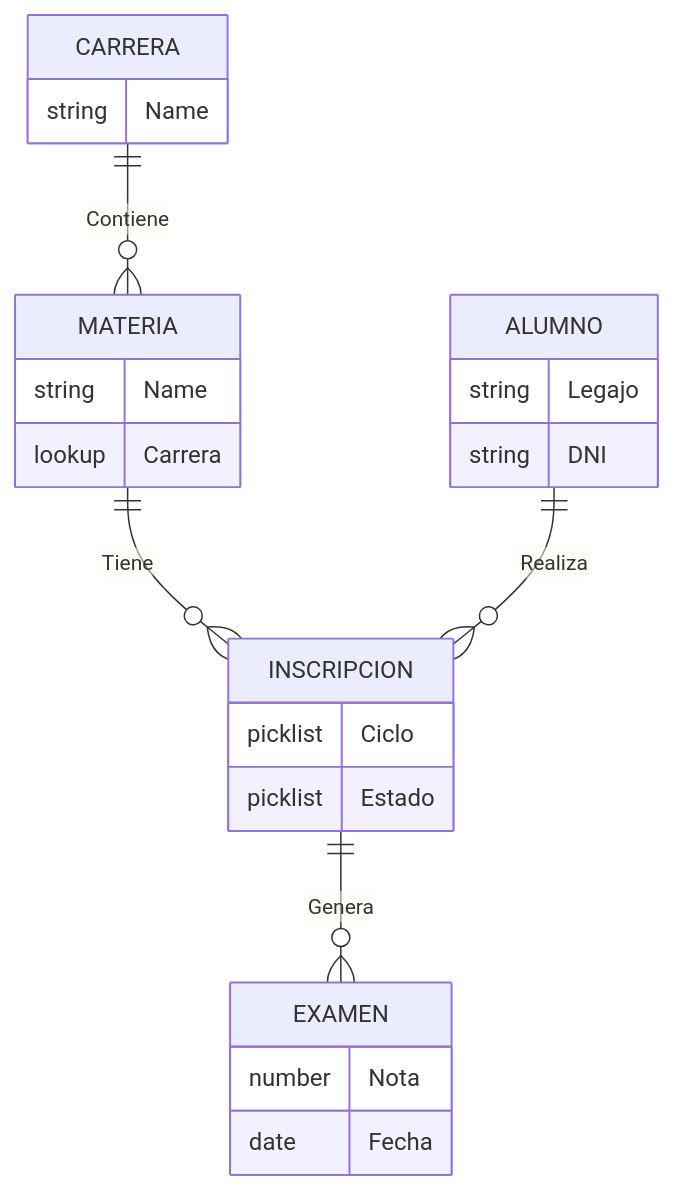
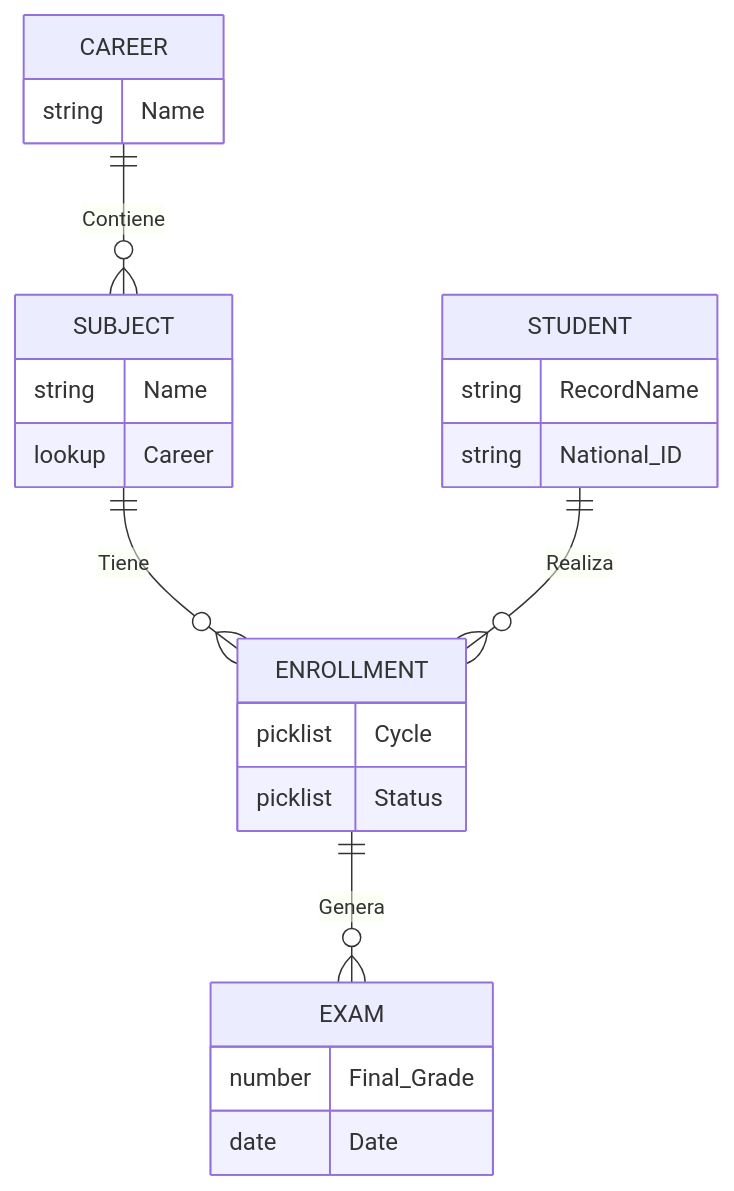
The diagram in content/Lumina_Tech/Bitacoras_Sprint_1/dia_1/2_Relacion_entre_Objetos.md (wigsdev/salesforce_admin), drawn with Mermaid before and after one commit. The commit also changed other lines of this file and 16 other files, not shown here.

````diff
--- a/content/Lumina_Tech/Bitacoras_Sprint_1/dia_1/2_Relacion_entre_Objetos.md
+++ b/content/Lumina_Tech/Bitacoras_Sprint_1/dia_1/2_Relacion_entre_Objetos.md
@@ -16,33 +16,33 @@
 ```mermaid
 erDiagram
     %% Relaciones
-    CARRERA ||--o{ MATERIA : "Contiene"
-    MATERIA ||--o{ INSCRIPCION : "Tiene"
-    ALUMNO ||--o{ INSCRIPCION : "Realiza"
-    INSCRIPCION ||--o{ EXAMEN : "Genera"
+    CAREER ||--o{ SUBJECT : "Contiene"
+    SUBJECT ||--o{ ENROLLMENT : "Tiene"
+    STUDENT ||--o{ ENROLLMENT : "Realiza"
+    ENROLLMENT ||--o{ EXAM : "Genera"
 
     %% Definición de Entidades y Atributos
-    CARRERA {
+    CAREER {
         string Name
     }
     
-    MATERIA {
+    SUBJECT {
         string Name
-        lookup Carrera
+        lookup Career
     }
     
-    ALUMNO {
-        string Legajo
-        string DNI
+    STUDENT {
+        string RecordName
+        string National_ID
     }
     
-    INSCRIPCION {
-        picklist Ciclo
-        picklist Estado
+    ENROLLMENT {
+        picklist Cycle
+        picklist Status
     }
     
-    EXAMEN {
-        number Nota
-        date Fecha
+    EXAM {
+        number Final_Grade
+        date Date
     }
 ```
````
